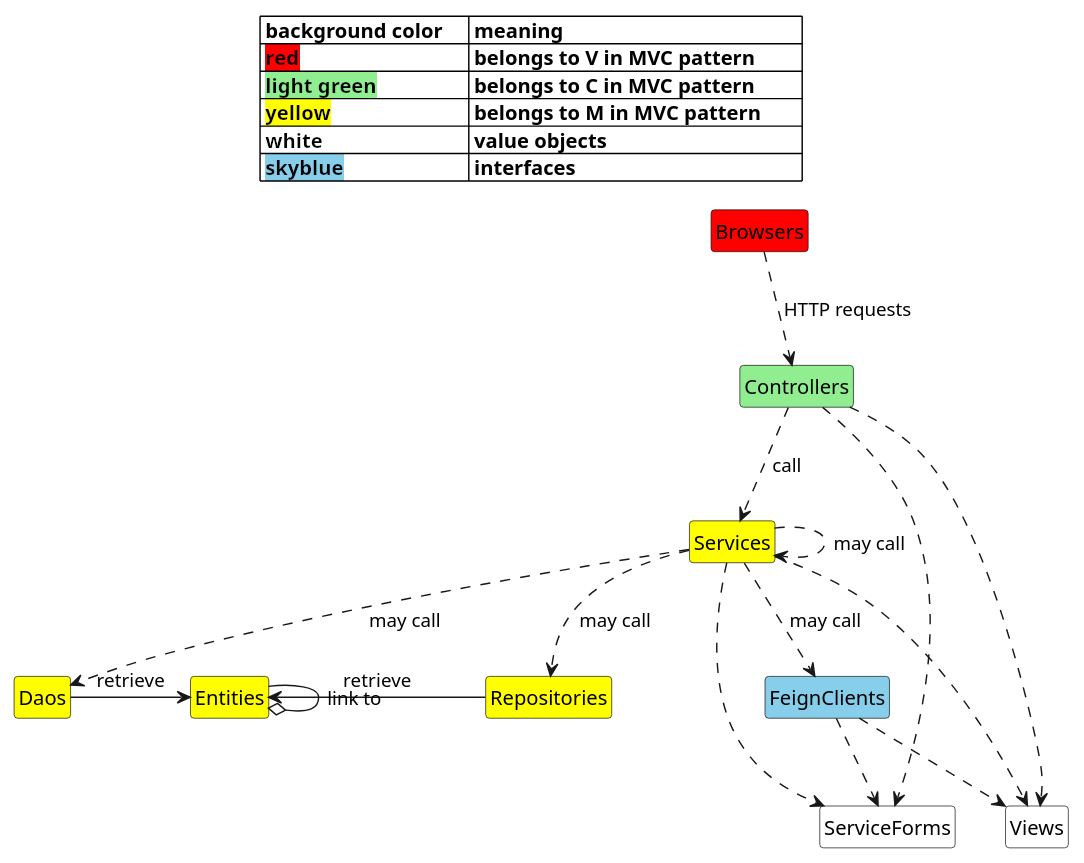
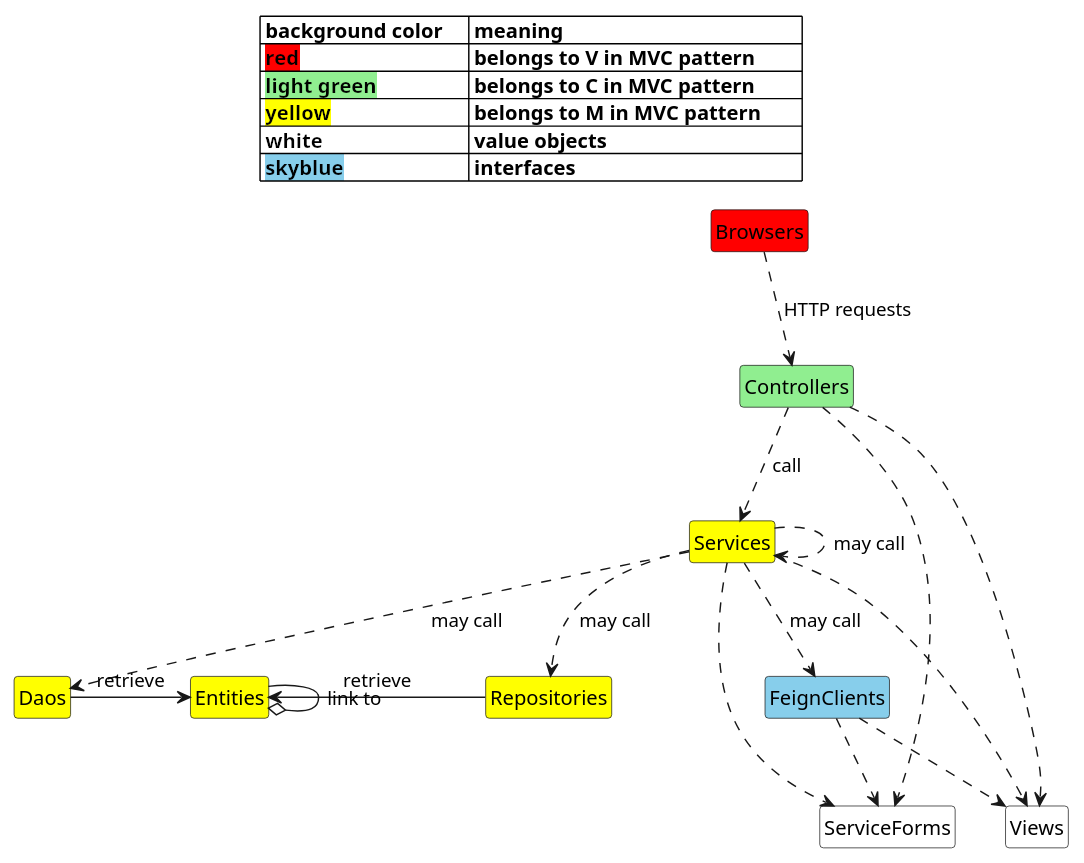
One commit to catkeeper1/msdemo-documents changed the diagram in src/main/resources/markdown/programming_guide/components_class.puml. Above: the diagram before and after it, drawn with PlantUML.

Commit message:
enrich programming guide

```diff
--- a/src/main/resources/markdown/programming_guide/components_class.puml
+++ b/src/main/resources/markdown/programming_guide/components_class.puml
@@ -1,70 +1,71 @@
 @startuml
 
 hide circle
 hide empty member
 
 scale max 800 width
 
 title
   |= background color     |= meaning                            |
   | <back:red>red</back>  | belongs to V in MVC pattern         |
   | <back:lightgreen>light green</back>  | belongs to C in MVC pattern     |
   | <back:yellow>yellow</back>  | belongs to M in MVC pattern   |
   | <back:white>white</back>  | value objects   |
   | <back:skyblue>skyblue</back>  | interfaces   |
 end title
 
 
 together {
 
   class ServiceForms  #white
   class Views         #white
 }
 
 
 
 together {
   class Browsers #red
   class Controllers  #lightgreen
   class Services     #yellow
 
 }
 class FeignClients #skyblue
 
+
+
 together {
 
-    together {
+  class Entities  #yellow
+  class Repositories  #yellow
+  class Daos  #yellow
+}
 
-      class Entities  #yellow
-      class Repositories  #yellow
-    }
-    class Daos  #yellow
 
-}
+
 
 
 Browsers ..> Controllers : HTTP requests
 
 Controllers ..> Services : call
 Services ..> Services : may call
 Services ..> Repositories : may call
 Services ..> Daos : may call
 Services ..> FeignClients : may call
 
 Daos -> Entities : retrieve
 Entities <- Repositories : retrieve
 Entities --o Entities : link to
 
 Controllers ..> Views
 Controllers ..> ServiceForms
 
 Services ..> Views
 Services ..> ServiceForms
 
 FeignClients ..> Views
 FeignClients ..> ServiceForms
 
 
 
 
 @enduml
```
